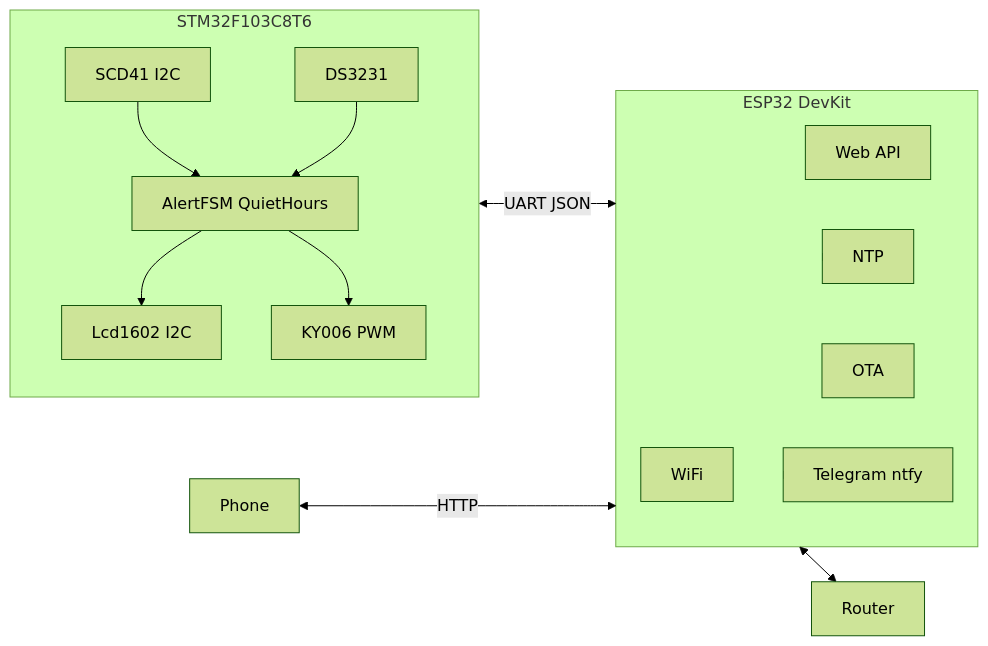
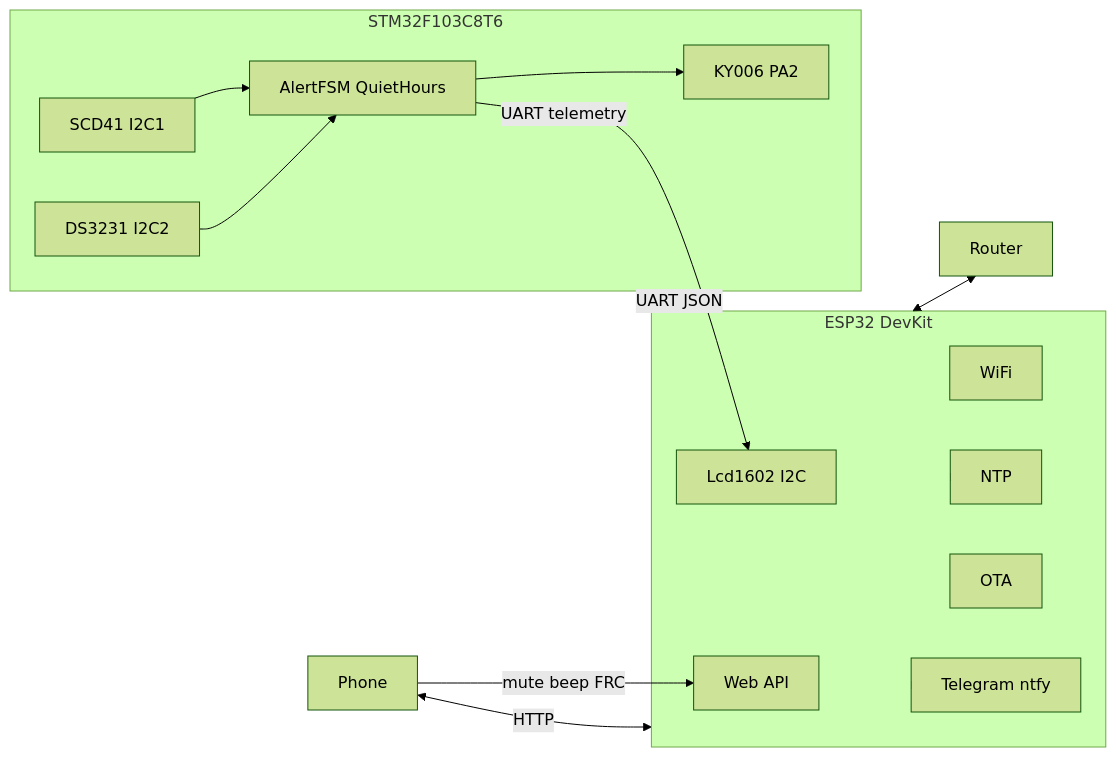
One commit to svyat255/my-first-repo changed the first of 2 diagrams in PLAN.md. Above: the diagram before and after it, drawn with Mermaid (forest theme). The commit also changed other lines of this file and 2 other files, not shown here.

Commit message:
Обновить схему: LCD на ESP32, две I2C на STM32, управление с веба

````diff
--- a/PLAN.md
+++ b/PLAN.md
@@ -29,29 +30,30 @@
 ```mermaid
 flowchart LR
     subgraph stm32 [STM32F103C8T6]
-        SCD41[SCD41 I2C]
-        LCD[Lcd1602 I2C]
-        RTC[DS3231]
-        Buzzer[KY006 PWM]
+        SCD41[SCD41 I2C1]
+        RTC[DS3231 I2C2]
+        Buzzer[KY006 PA2]
         Logic[AlertFSM QuietHours]
     end
     subgraph esp32 [ESP32 DevKit]
+        LCD[Lcd1602 I2C]
         WiFi[WiFi]
         Web[Web API]
         NTP[NTP]
         OTA[OTA]
         Notify[Telegram ntfy]
     end
     Phone[Phone]
     Router[Router]
 
     SCD41 --> Logic
     RTC --> Logic
-    Logic --> LCD
     Logic --> Buzzer
     stm32 <-->|UART JSON| esp32
+    Logic -->|UART telemetry| LCD
     esp32 <--> Router
     Phone <-->|HTTP| esp32
+    Phone -->|mute beep FRC| Web
     esp32 --> NTP
     esp32 --> Notify
 ```
````
